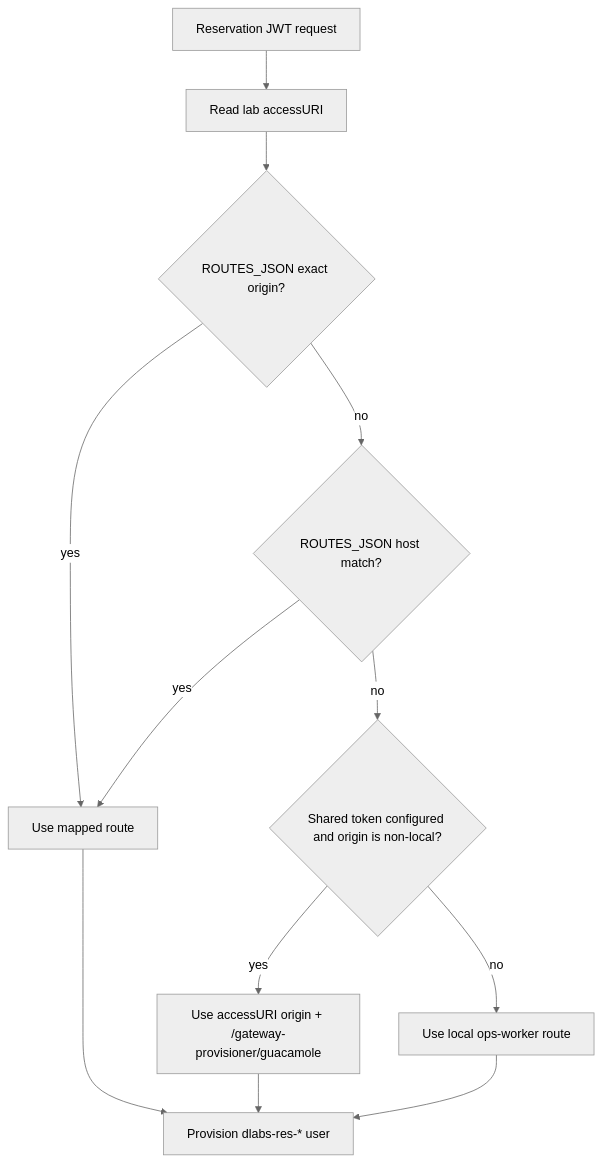
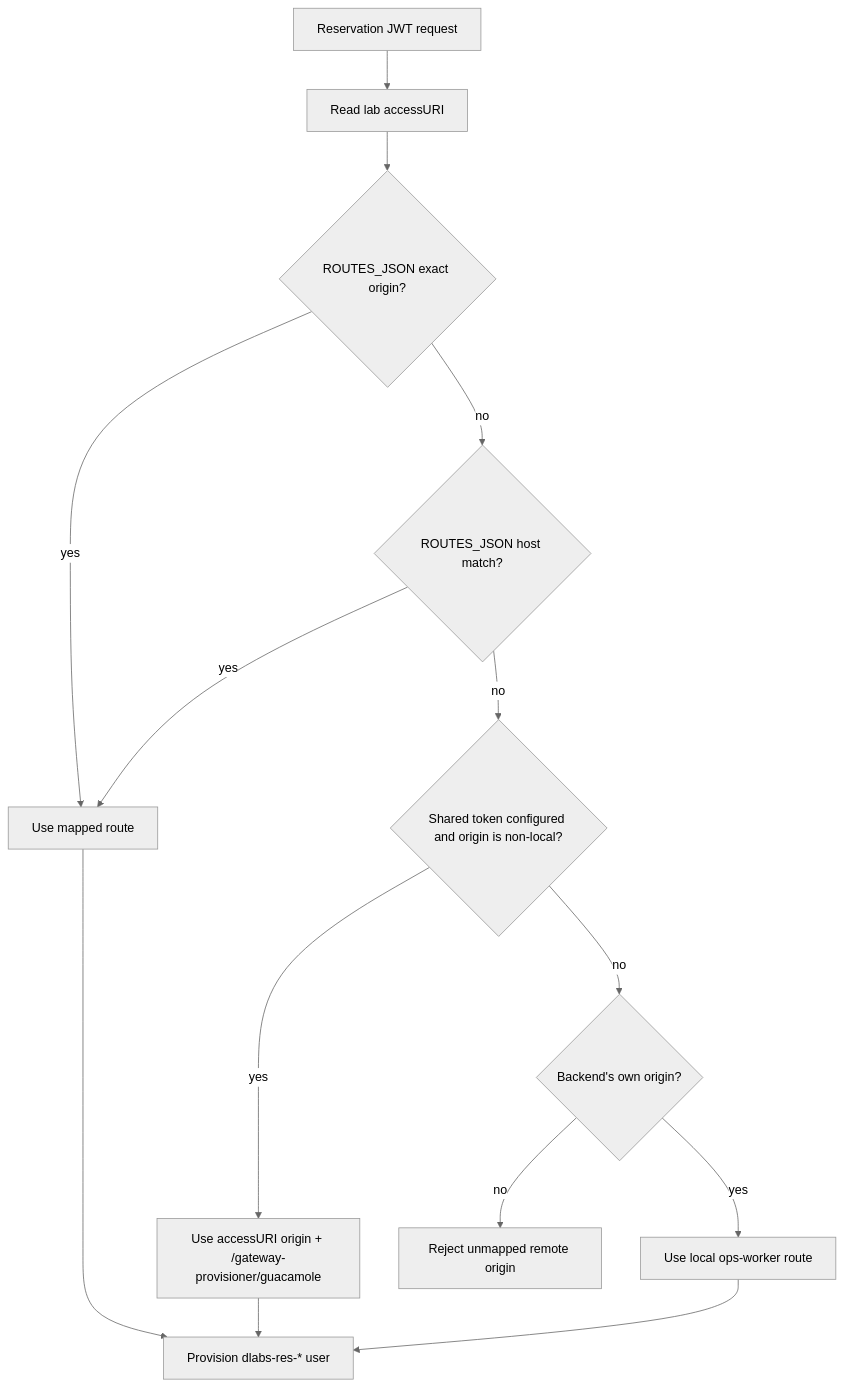
Before and after one commit to DecentraLabsCom/Lab-Gateway: the second of 2 diagrams in docs/deployment-architectures.md, drawn with Mermaid (neutral theme). The commit also changed other lines of this file and 39 other files, not shown here.

````diff
--- a/docs/deployment-architectures.md
+++ b/docs/deployment-architectures.md
@@ -158,14 +173,16 @@
 ```mermaid
 flowchart TD
     Start["Reservation JWT request"] --> AccessUri["Read lab accessURI"]
     AccessUri --> Exact{"ROUTES_JSON exact origin?"}
     Exact -- "yes" --> RouteMap["Use mapped route"]
     Exact -- "no" --> Host{"ROUTES_JSON host match?"}
     Host -- "yes" --> RouteMap
     Host -- "no" --> Shared{"Shared token configured and origin is non-local?"}
     Shared -- "yes" --> Derived["Use accessURI origin + /gateway-provisioner/guacamole"]
-    Shared -- "no" --> Local["Use local ops-worker route"]
+    Shared -- "no" --> IsLocal{"Backend's own origin?"}
+    IsLocal -- "yes" --> Local["Use local ops-worker route"]
+    IsLocal -- "no" --> Reject["Reject unmapped remote origin"]
     RouteMap --> Provision["Provision dlabs-res-* user"]
     Derived --> Provision
     Local --> Provision
 ```
````
